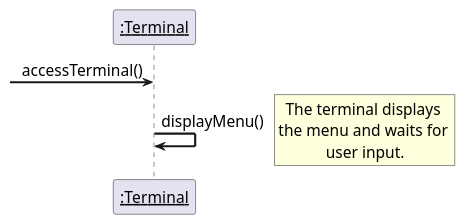
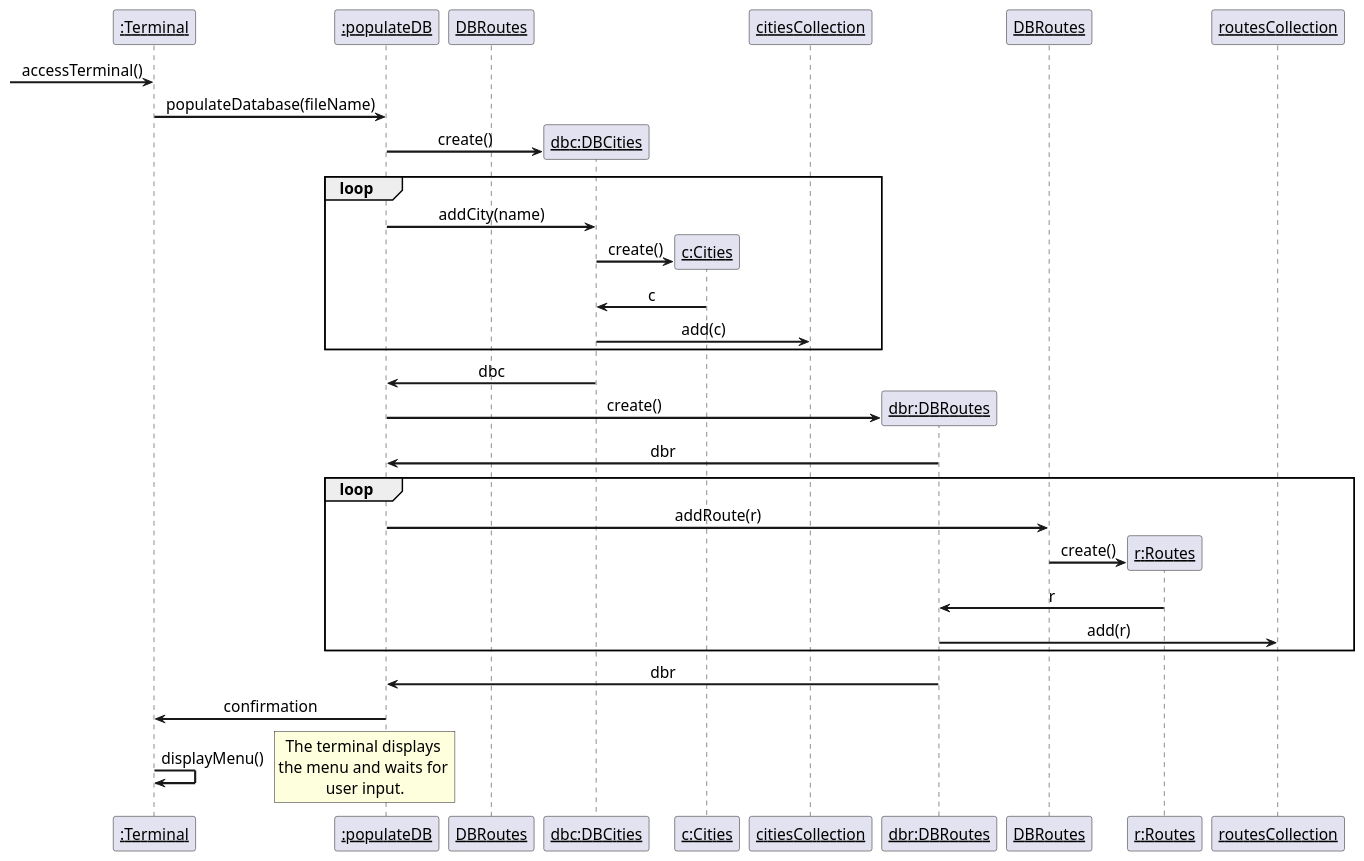
Before and after one commit to Cimpo1/SOEN342_2025: the diagram in Iteration 1/docs/accessTerminal.plantuml, drawn with PlantUML. The commit also changed 6 other files, not shown here.

Commit message:
Adjusted the diagrams

```diff
--- a/Iteration 1/docs/accessTerminal.plantuml
+++ b/Iteration 1/docs/accessTerminal.plantuml
@@ -1,22 +1,48 @@
 @startuml accessTerminal Interaction Sequence Diagram
 skinparam DefaultFontName Arial
 skinparam DefaultFontSize 16
 skinparam DefaultFontStyle bold
 skinparam ArrowThickness 2.2
 skinparam sequenceMessageAlign center
 skinparam noteTextAlignment center
 skinparam sequenceParticipant underline
 hide empty members
 
 participant ":Terminal" as terminal
+participant ":populateDB" as populateDB
+participant "DBRoutes" as DBroutes
 
 ->terminal:accessTerminal()
+terminal -> populateDB: populateDatabase(fileName)
+create participant "dbc:DBCities" as dbCities
+populateDB -> dbCities: create()
+loop
+populateDB->dbCities:addCity(name)
+create participant "c:Cities" as cities
+dbCities->cities: create()
+cities->dbCities: c
+dbCities->citiesCollection: add(c)
+end
+dbCities->populateDB:dbc
+create participant "dbr:DBRoutes" as dbRoutes
+populateDB -> dbRoutes: create()
+dbRoutes -> populateDB:dbr
+loop
+populateDB -> DBRoutes: addRoute(r)
+create participant "r:Routes" as routes
+DBRoutes -> routes : create()
+routes->dbRoutes : r
+dbRoutes->routesCollection:add(r)
+end
+dbRoutes->populateDB:dbr
+populateDB -> terminal: confirmation
 terminal -> terminal: displayMenu()
+
 
 rnote right
     The terminal displays 
     the menu and waits for 
     user input.
 end note
 
 @enduml
```
